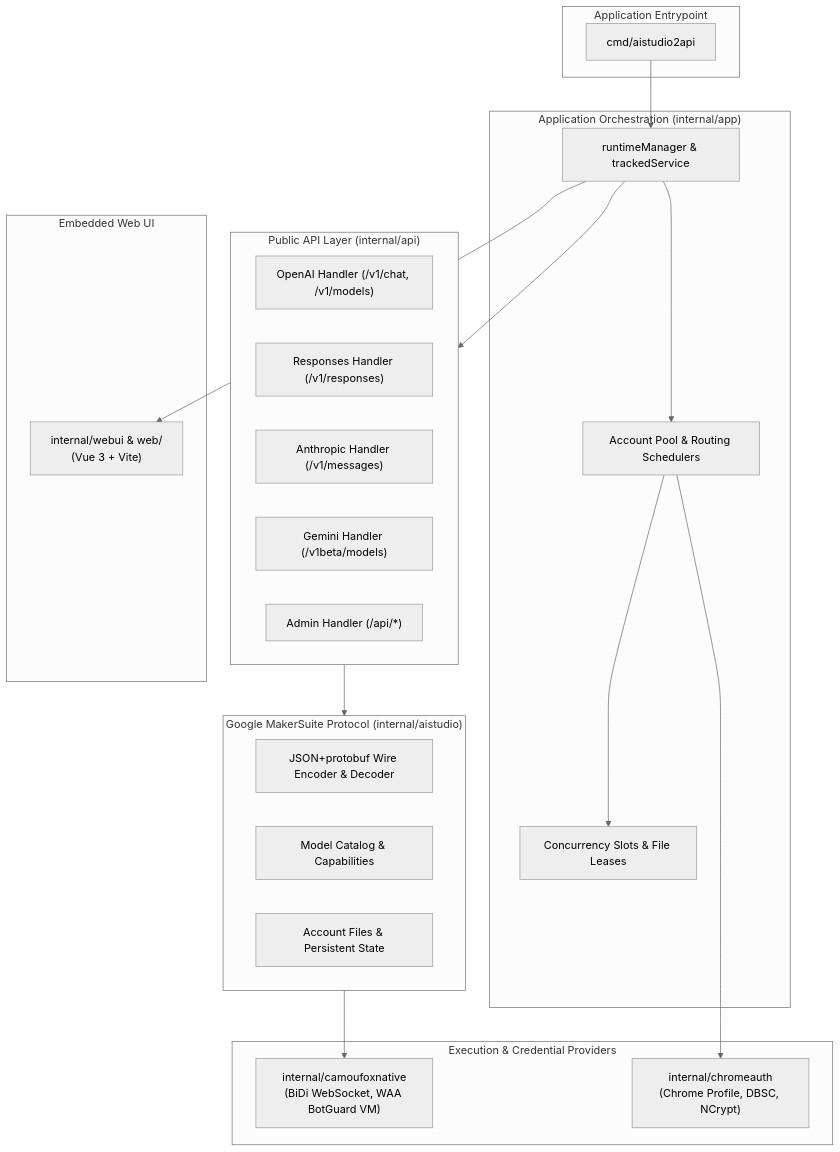
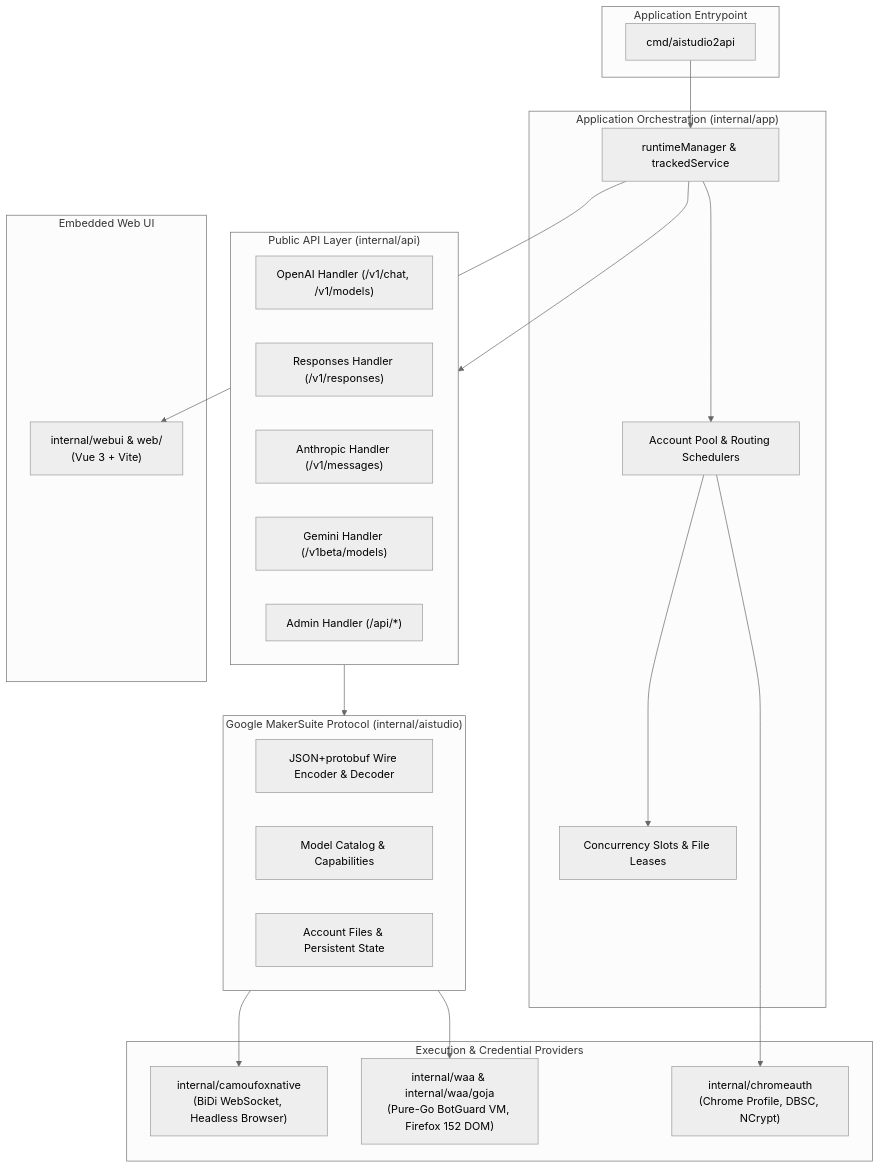
The first of 2 diagrams in docs/agents/architecture.md (IllusionOfControl/AIStudio2API), drawn with Mermaid (neutral theme) before and after one commit. The commit also changed other lines of this file and 6 other files, not shown here.

````diff
--- a/docs/agents/architecture.md
+++ b/docs/agents/architecture.md
@@ -9,44 +9,46 @@
 ```mermaid
 graph TD
     subgraph Entrypoint["Application Entrypoint"]
         CMD["cmd/aistudio2api"]
     end
 
     subgraph AppCore["Application Orchestration (internal/app)"]
         App["runtimeManager & trackedService"]
         AccountPool["Account Pool & Routing Schedulers"]
         LeaseMgr["Concurrency Slots & File Leases"]
     end
 
     subgraph PublicAPI["Public API Layer (internal/api)"]
         OpenAI["OpenAI Handler (/v1/chat, /v1/models)"]
         Responses["Responses Handler (/v1/responses)"]
         Anthropic["Anthropic Handler (/v1/messages)"]
         Gemini["Gemini Handler (/v1beta/models)"]
         AdminAPI["Admin Handler (/api/*)"]
     end
 
     subgraph ProtocolLayer["Google MakerSuite Protocol (internal/aistudio)"]
         WireEnc["JSON+protobuf Wire Encoder & Decoder"]
         ModelCatalog["Model Catalog & Capabilities"]
         AccountStore["Account Files & Persistent State"]
     end
 
     subgraph ExecutionRunners["Execution & Credential Providers"]
-        Camoufox["internal/camoufoxnative<br/>(BiDi WebSocket, WAA BotGuard VM)"]
+        Camoufox["internal/camoufoxnative<br/>(BiDi WebSocket, Headless Browser)"]
+        GoWAA["internal/waa & internal/waa/goja<br/>(Pure-Go BotGuard VM, Firefox 152 DOM)"]
         ChromeAuth["internal/chromeauth<br/>(Chrome Profile, DBSC, NCrypt)"]
     end
 
     subgraph Frontend["Embedded Web UI"]
         WebUI["internal/webui & web/<br/>(Vue 3 + Vite)"]
     end
 
     CMD --> App
     App --> PublicAPI
     App --> AccountPool
     AccountPool --> LeaseMgr
     PublicAPI --> ProtocolLayer
     ProtocolLayer --> Camoufox
+    ProtocolLayer --> GoWAA
     AccountPool --> ChromeAuth
     App --> WebUI
 ```
````
